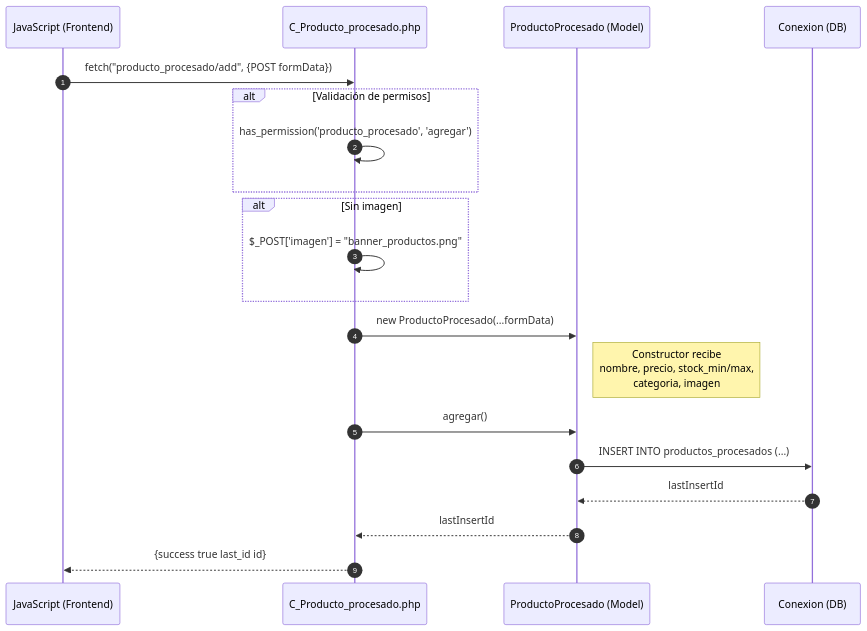
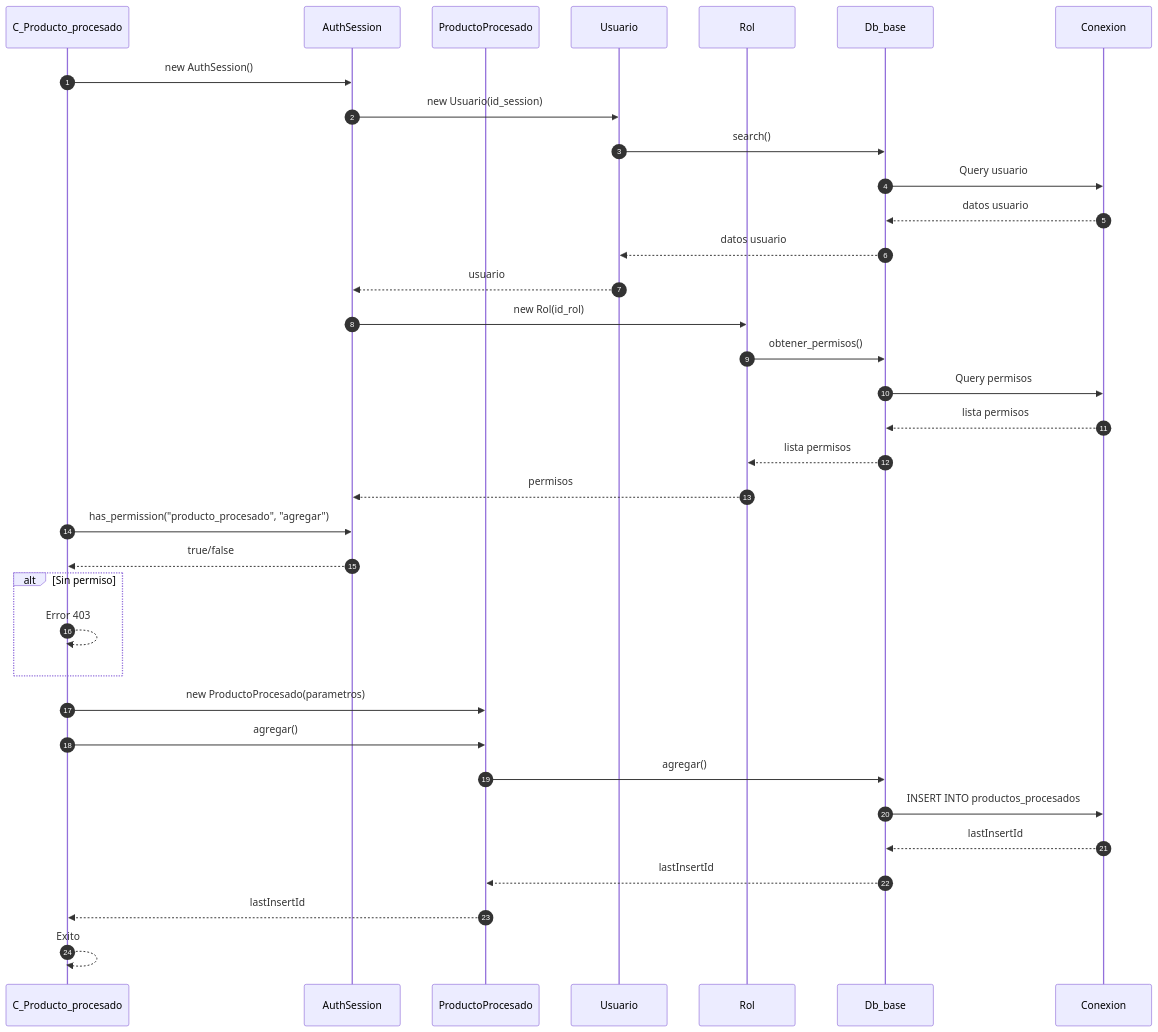
Before and after one commit to Tecrato/BurgerHouse: the first of 4 diagrams in docs/secuencia/productos/producto_procesado.md, drawn with Mermaid. The commit also changed other lines of this file and 13 other files, not shown here.

First line of the commit message:
diagramas actualizaos

````diff
--- a/docs/secuencia/productos/producto_procesado.md
+++ b/docs/secuencia/productos/producto_procesado.md
@@ -5,28 +5,43 @@
 ```mermaid
 sequenceDiagram
     autonumber
-    participant JS as JavaScript (Frontend)
-    participant C_PP as C_Producto_procesado.php
-    participant ProductoProcesado as ProductoProcesado (Model)
-    participant DB as Conexion (DB)
+    participant C_PP as C_Producto_procesado
+    participant AuthSession as AuthSession
+    participant ProductoProcesado as ProductoProcesado
+    participant Usuario as Usuario
+    participant Rol as Rol
+    participant Db_base as Db_base
+    participant Conexion as Conexion
     
-    JS->>C_PP: fetch("producto_procesado/add", {POST formData})
+    C_PP->>AuthSession: new AuthSession()
+    AuthSession->>Usuario: new Usuario(id_session)
+    Usuario->>Db_base: search()
+    Db_base->>Conexion: Query usuario
+    Conexion-->>Db_base: datos usuario
+    Db_base-->>Usuario: datos usuario
+    Usuario-->>AuthSession: usuario
     
-    alt Validación de permisos
-        C_PP->>C_PP: has_permission('producto_procesado', 'agregar')
+    AuthSession->>Rol: new Rol(id_rol)
+    Rol->>Db_base: obtener_permisos()
+    Db_base->>Conexion: Query permisos
+    Conexion-->>Db_base: lista permisos
+    Db_base-->>Rol: lista permisos
+    Rol-->>AuthSession: permisos
+    
+    C_PP->>AuthSession: has_permission("producto_procesado", "agregar")
+    AuthSession-->>C_PP: true/false
+    
+    alt Sin permiso
+        C_PP-->>C_PP: Error 403
     end
     
-    alt Sin imagen
-        C_PP->>C_PP: $_POST['imagen'] = "banner_productos.png"
-    end
-    
-    C_PP->>ProductoProcesado: new ProductoProcesado(...formData)
-    Note right of ProductoProcesado: Constructor recibe<br/>nombre, precio, stock_min/max,<br/>categoria, imagen
-    
+    C_PP->>ProductoProcesado: new ProductoProcesado(parametros)
     C_PP->>ProductoProcesado: agregar()
-    ProductoProcesado->>DB: INSERT INTO productos_procesados (...)
-    DB-->>ProductoProcesado: lastInsertId
+    ProductoProcesado->>Db_base: agregar()
+    Db_base->>Conexion: INSERT INTO productos_procesados
+    Conexion-->>Db_base: lastInsertId
+    Db_base-->>ProductoProcesado: lastInsertId
     ProductoProcesado-->>C_PP: lastInsertId
     
-    C_PP-->>JS: {success true last_id id}
+    C_PP-->>C_PP: Exito
 ```
````
